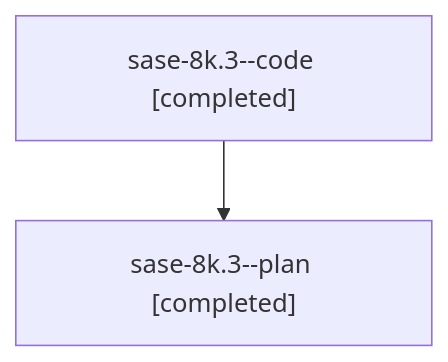
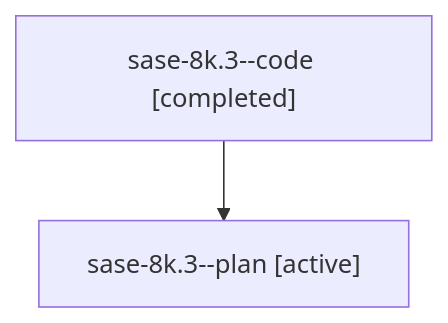
The diagram in families/bbugyi200.athena.sase-8k.3.md (sase-org/sase--agents), drawn with Mermaid before and after one commit. The commit also changed other lines of this file and 8679 other files, not shown here.

````diff
--- a/families/bbugyi200.athena.sase-8k.3.md
+++ b/families/bbugyi200.athena.sase-8k.3.md
@@ -9,6 +9,6 @@
 ```mermaid
 flowchart TD
   n0["sase-8k.3--code [completed]"]
-  n1["sase-8k.3--plan [completed]"]
+  n1["sase-8k.3--plan [active]"]
   n0 --> n1
 ```
````
